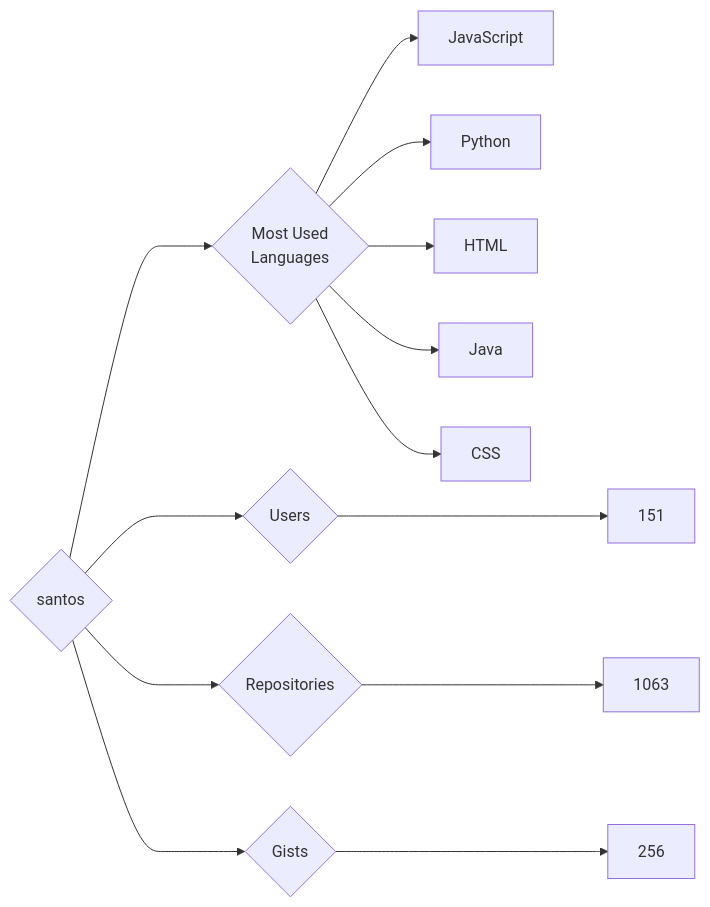
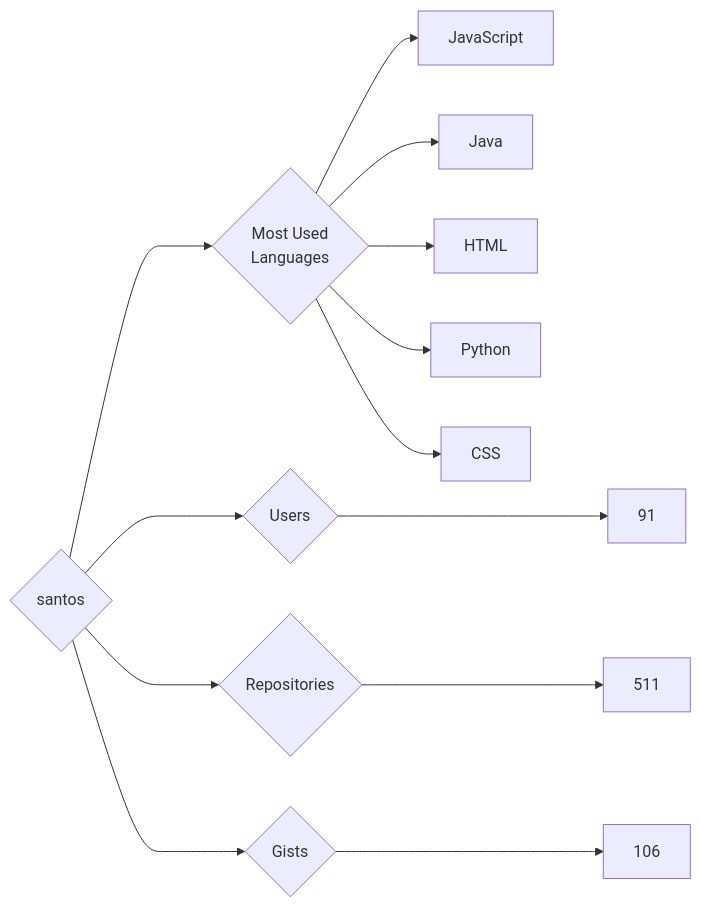
Before and after one commit to trickest/insiders: the diagram in targets/santos/README.md, drawn with Mermaid. The commit also changed 721 other files, not shown here.

````diff
--- a/targets/santos/README.md
+++ b/targets/santos/README.md
@@ -3,13 +3,13 @@
 ```mermaid
 graph LR
 COMPANY_NAME{santos}
-COMPANY_NAME ---> U{Users} ---> UN[151]
-COMPANY_NAME ---> R{Repositories} ---> RN[1063]
-COMPANY_NAME ---> G{Gists} ---> GN[256]
+COMPANY_NAME ---> U{Users} ---> UN[91]
+COMPANY_NAME ---> R{Repositories} ---> RN[511]
+COMPANY_NAME ---> G{Gists} ---> GN[106]
 COMPANY_NAME ---> ML{Most Used<br>Languages}
 ML --> JavaScript[JavaScript]
+ML --> Java[Java]
+ML --> HTML[HTML]
 ML --> Python[Python]
-ML --> HTML[HTML]
-ML --> Java[Java]
 ML --> CSS[CSS]
 ```
````
